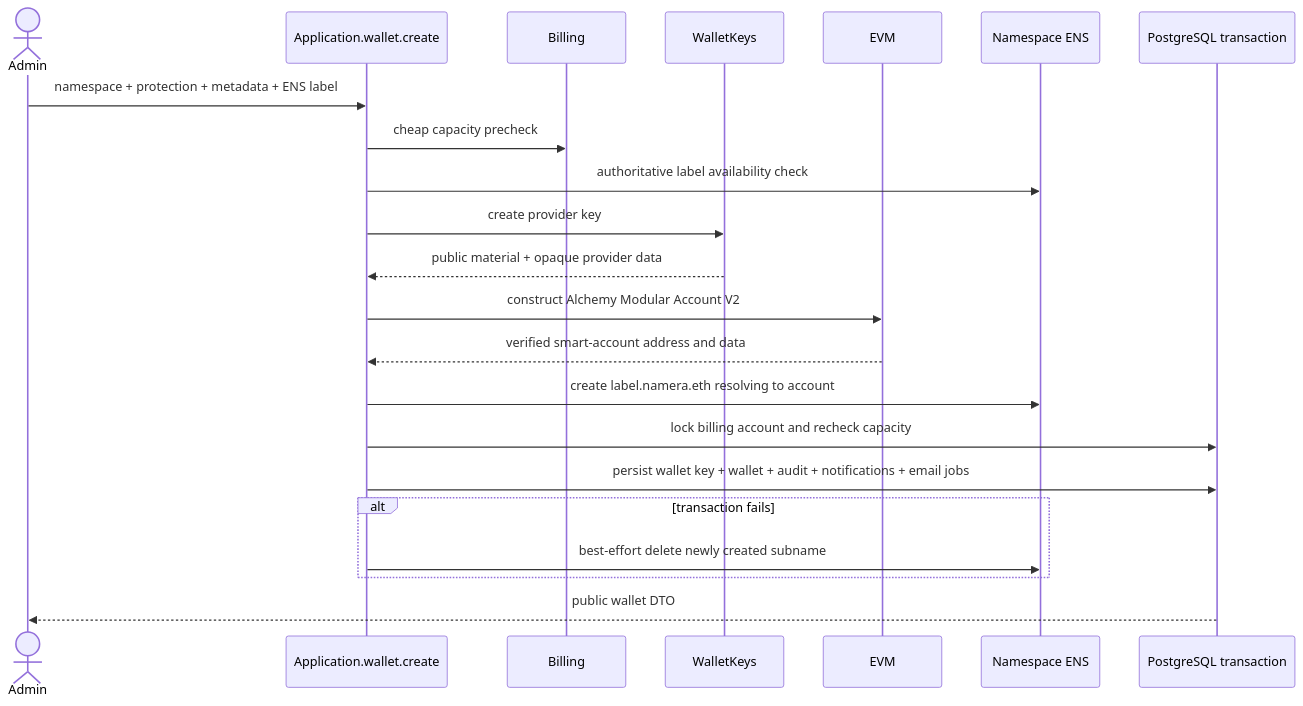
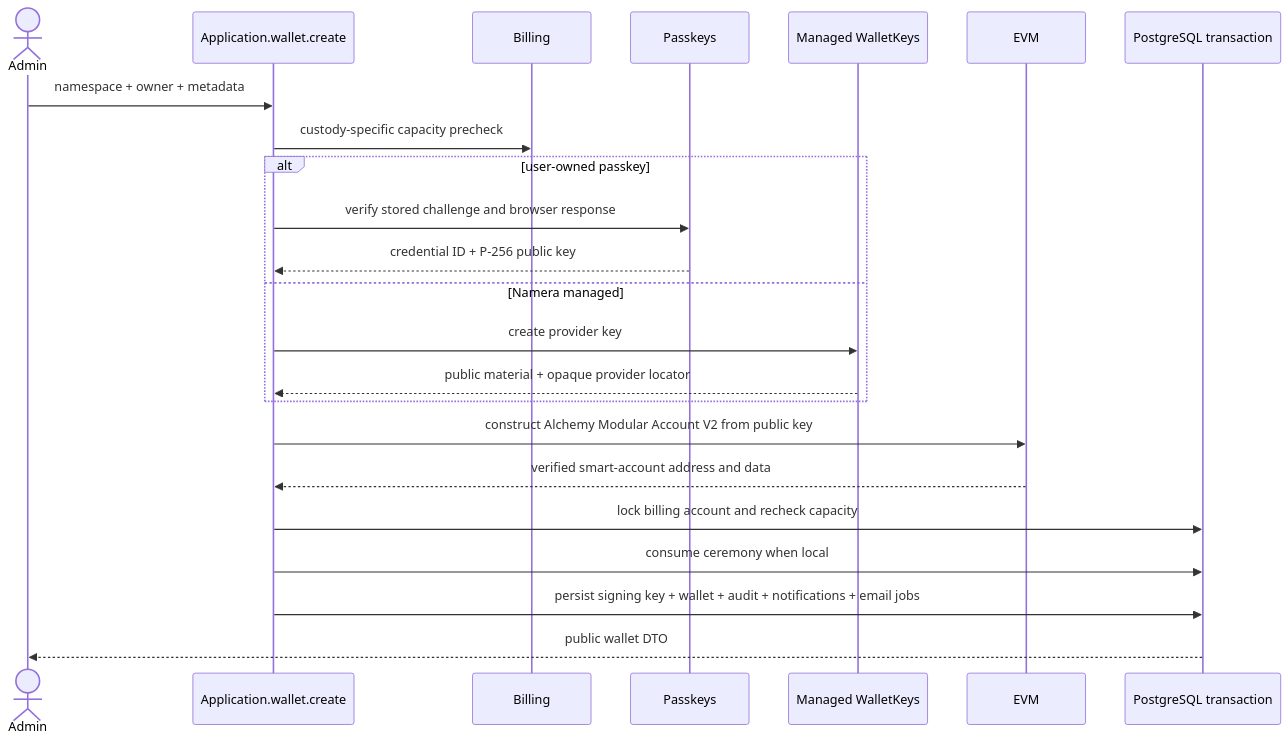
The diagram in architecture/wallets/accounts.md (thenamespace/namera), drawn with Mermaid before and after one commit. The commit also changed other lines of this file and 106 other files, not shown here.

Commit message:
feat(wallet): add passkey owners and signing key storage

````diff
--- a/architecture/wallets/accounts.md
+++ b/architecture/wallets/accounts.md
@@ -18,25 +19,26 @@
 ```mermaid
 sequenceDiagram
   actor Admin
   participant App as Application.wallet.create
   participant Billing
-  participant Keys as WalletKeys
+  participant Passkeys
+  participant Keys as Managed WalletKeys
   participant EVM
-  participant ENS as Namespace ENS
   participant Tx as PostgreSQL transaction
 
-  Admin->>App: namespace + protection + metadata + ENS label
-  App->>Billing: cheap capacity precheck
-  App->>ENS: authoritative label availability check
-  App->>Keys: create provider key
-  Keys-->>App: public material + opaque provider data
-  App->>EVM: construct Alchemy Modular Account V2
+  Admin->>App: namespace + owner + metadata
+  App->>Billing: custody-specific capacity precheck
+  alt user-owned passkey
+    App->>Passkeys: verify stored challenge and browser response
+    Passkeys-->>App: credential ID + P-256 public key
+  else Namera managed
+    App->>Keys: create provider key
+    Keys-->>App: public material + opaque provider locator
+  end
+  App->>EVM: construct Alchemy Modular Account V2 from public key
   EVM-->>App: verified smart-account address and data
-  App->>ENS: create label.namera.eth resolving to account
   App->>Tx: lock billing account and recheck capacity
-  App->>Tx: persist wallet key + wallet + audit + notifications + email jobs
-  alt transaction fails
-    App->>ENS: best-effort delete newly created subname
-  end
+  App->>Tx: consume ceremony when local
+  App->>Tx: persist signing key + wallet + audit + notifications + email jobs
   Tx-->>Admin: public wallet DTO
 ```
````
